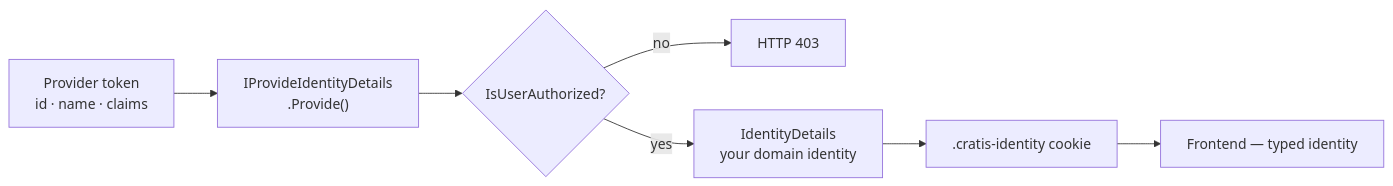
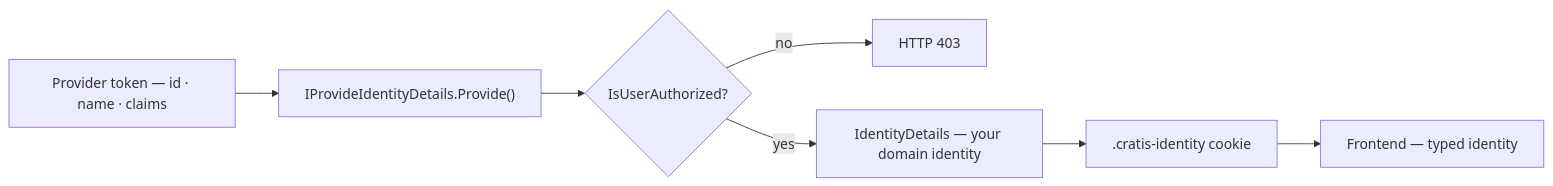
One commit to Cratis/Arc changed the diagram in Documentation/understanding-identity-and-access.mdx. Above: the diagram before and after it, drawn with Mermaid. The commit also changed other lines of this file and 16 other files, not shown here.

````diff
--- a/Documentation/understanding-identity-and-access.mdx
+++ b/Documentation/understanding-identity-and-access.mdx
@@ -33,9 +33,9 @@
 ```mermaid
 flowchart LR
-    T["Provider token<br/>id · name · claims"] --> P["IProvideIdentityDetails<br/>.Provide()"]
+    T["Provider token — id · name · claims"] --> P["IProvideIdentityDetails.Provide()"]
     P --> Q{IsUserAuthorized?}
     Q -- no --> F["HTTP 403"]
-    Q -- yes --> D["IdentityDetails<br/>your domain identity"]
+    Q -- yes --> D["IdentityDetails — your domain identity"]
     D --> C[".cratis-identity cookie"]
     C --> UI["Frontend — typed identity"]
 ```
````
